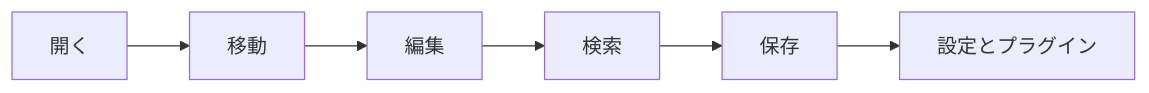
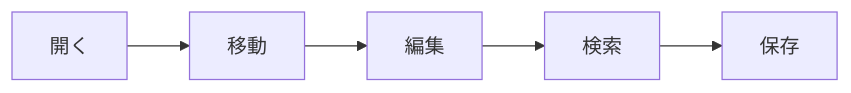
One commit to isksss/awesome changed the diagram in docs/fundamentals/vim-nvim.md. Above: the diagram before and after it, drawn with Mermaid. The commit also changed other lines of this file and 28 other files, not shown here.

````diff
--- a/docs/fundamentals/vim-nvim.md
+++ b/docs/fundamentals/vim-nvim.md
@@ -31,8 +33,7 @@
 ```mermaid
 flowchart LR
-  Start[開く] --> Move[移動]
+  Open[開く] --> Move[移動]
   Move --> Edit[編集]
   Edit --> Search[検索]
   Search --> Save[保存]
-  Save --> Extend[設定とプラグイン]
 ```
````
